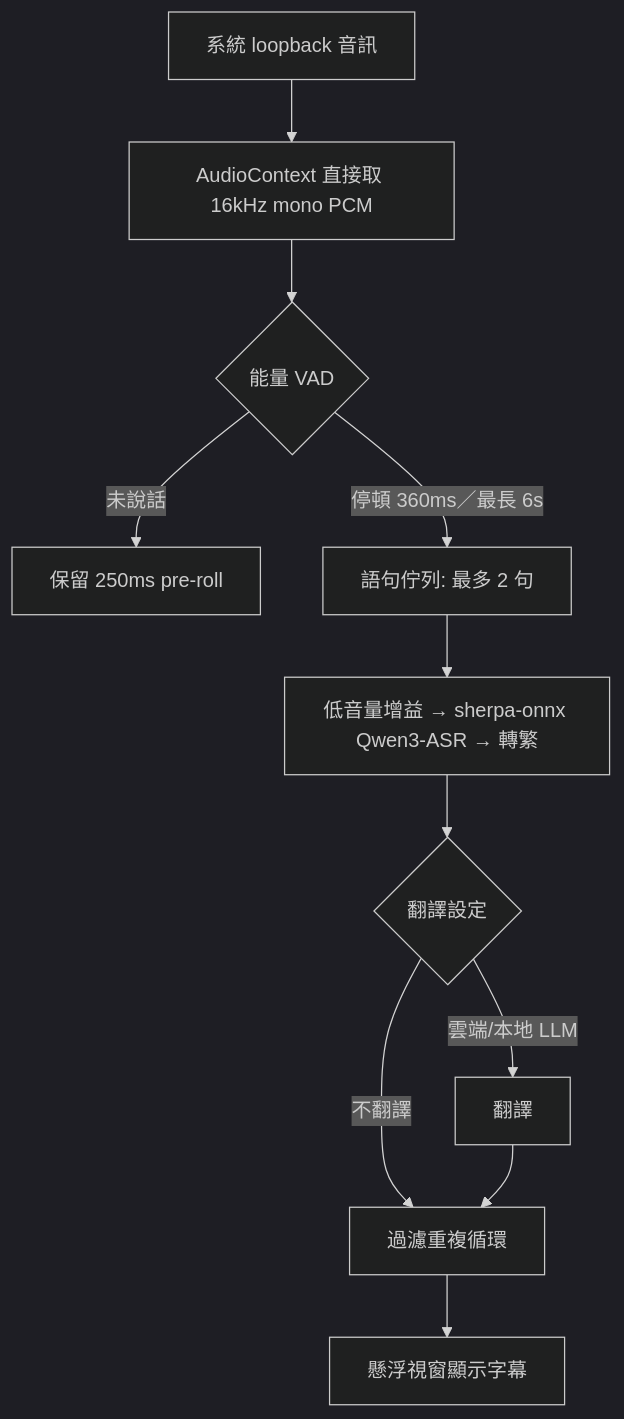
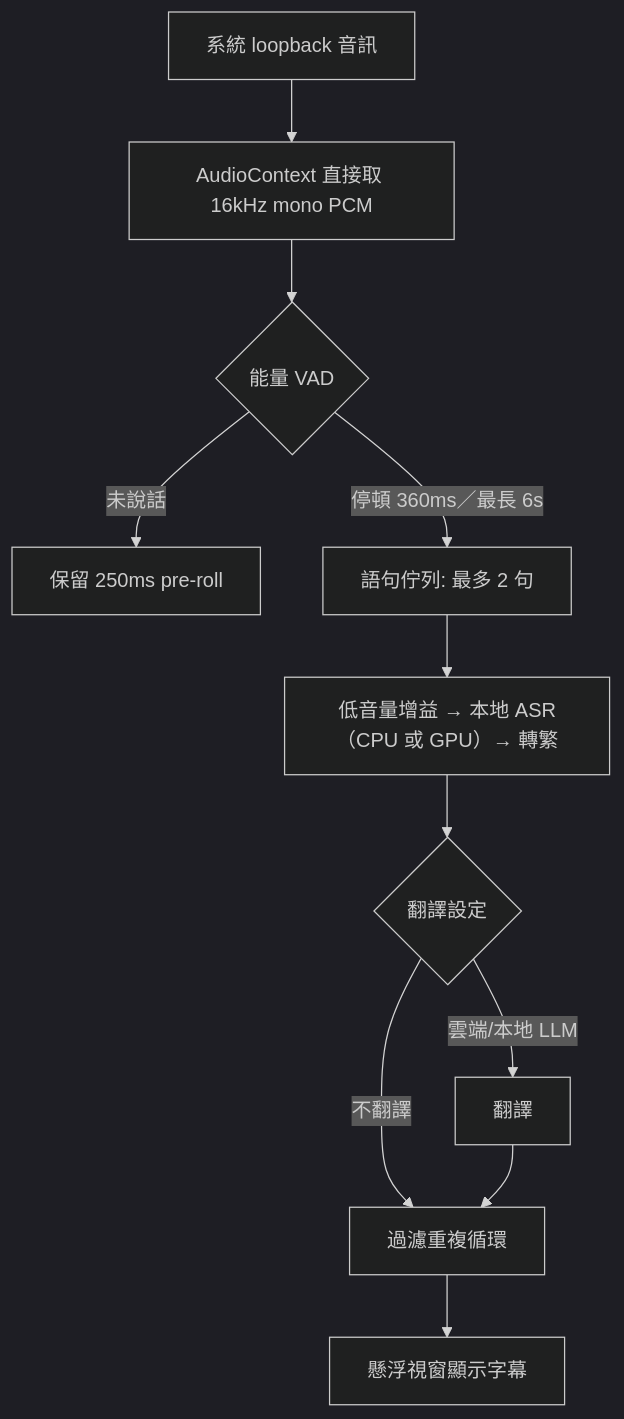
One commit to RX5950XT/VoiceInk changed the diagram in README.md. Above: the diagram before and after it, drawn with Mermaid (dark theme). The commit also changed other lines of this file and 68 other files, not shown here.

````diff
--- a/README.md
+++ b/README.md
@@ -164,13 +193,13 @@
 ```mermaid
 graph TD
     A[系統 loopback 音訊] --> B[AudioContext 直接取 16kHz mono PCM]
     B --> C{能量 VAD}
     C -- 未說話 --> X[保留 250ms pre-roll]
     C -- 停頓 360ms／最長 6s --> Q[語句佇列: 最多 2 句]
-    Q --> E[低音量增益 → sherpa-onnx Qwen3-ASR → 轉繁]
+    Q --> E[低音量增益 → 本地 ASR（CPU 或 GPU）→ 轉繁]
     E --> T{翻譯設定}
     T -- 雲端/本地 LLM --> F[翻譯]
     T -- 不翻譯 --> G
     F --> G[過濾重複循環]
     G --> J[懸浮視窗顯示字幕]
 ```
````
